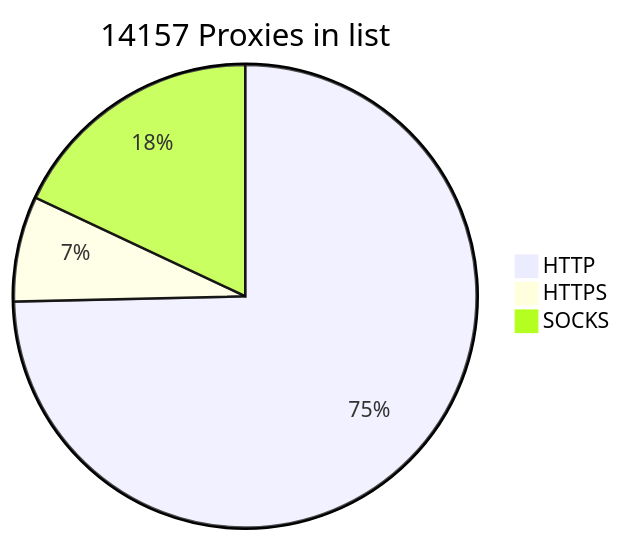
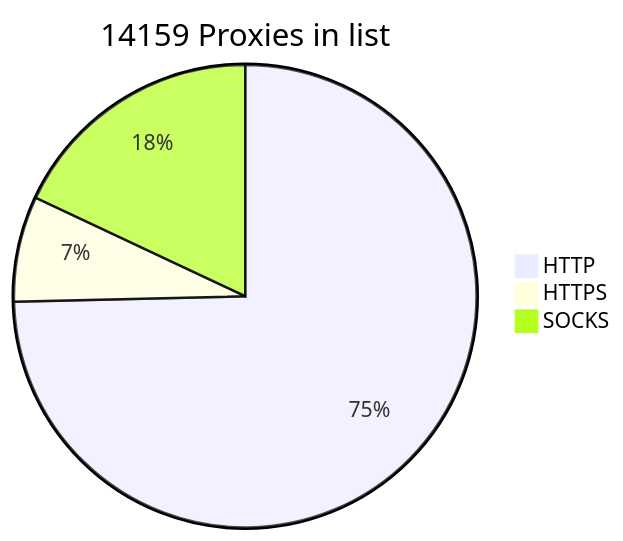
Before and after one commit to BlackSnowDot/proxylist-update-every-minute: the diagram in README.md, drawn with Mermaid.

````diff
--- a/README.md
+++ b/README.md
@@ -2,6 +2,6 @@
 ```mermaid
-pie title 14157 Proxies in list
-    "HTTP" : 10767
-    "HTTPS": 1063
-    "SOCKS" : 2597
+pie title 14159 Proxies in list
+    "HTTP" : 10768
+    "HTTPS": 1065
+    "SOCKS" : 2598
 ```
````
